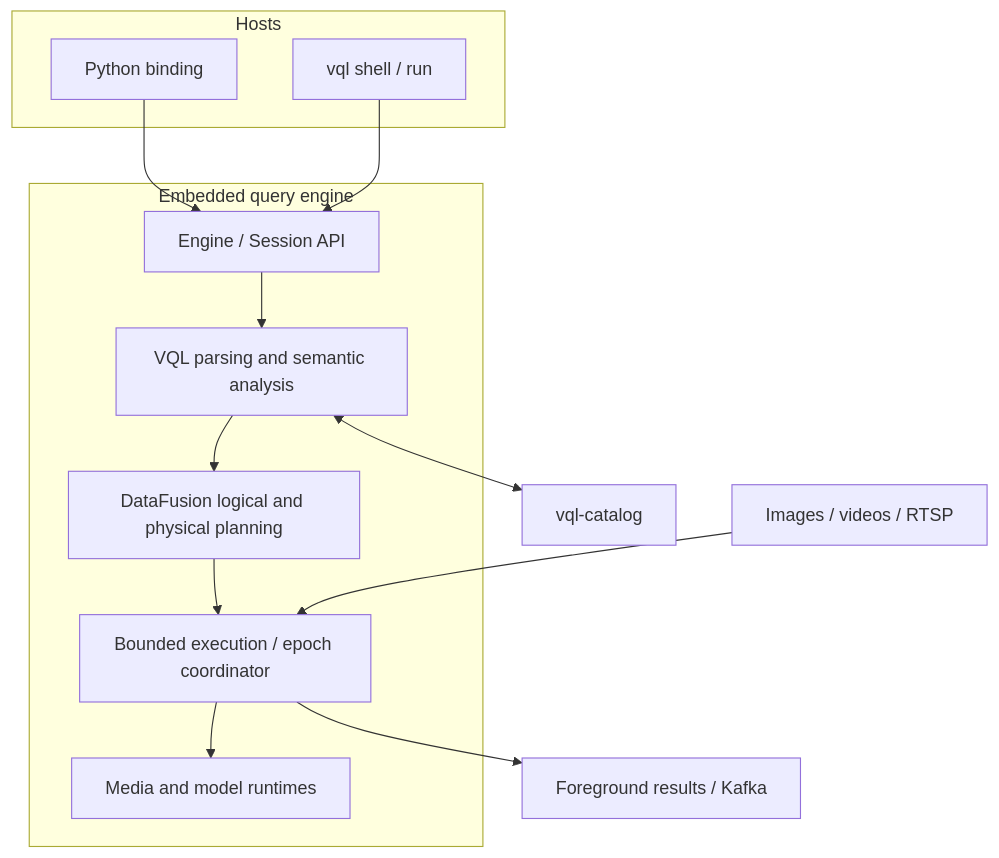
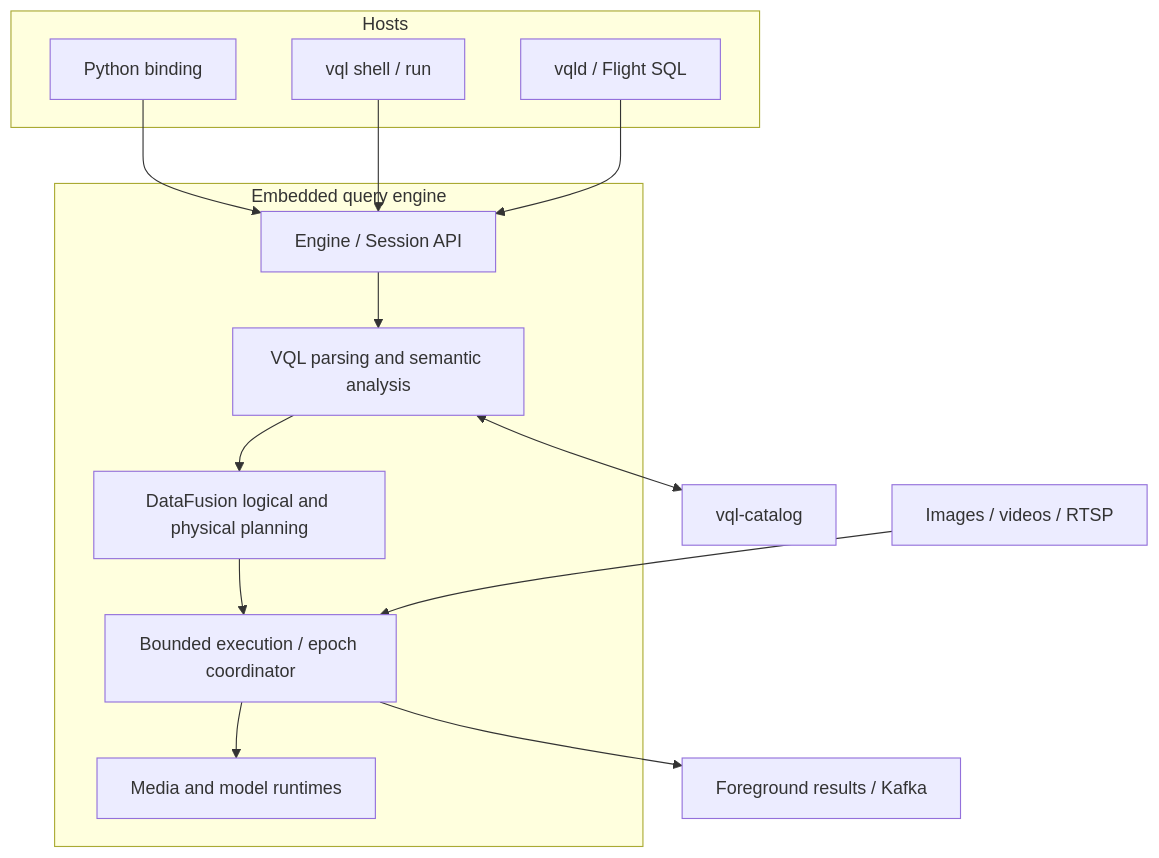
One commit to zhenlohuang/visionql changed the diagram in docs/high_level_design.md. Above: the diagram before and after it, drawn with Mermaid. The commit also changed other lines of this file and 33 other files, not shown here.

````diff
--- a/docs/high_level_design.md
+++ b/docs/high_level_design.md
@@ -40,27 +40,29 @@
 ```mermaid
 flowchart TB
     subgraph HOSTS["Hosts"]
         PY["Python binding"]
         CLI["vql shell / run"]
+        DAEMON["vqld / Flight SQL"]
     end
 
     subgraph CORE["Embedded query engine"]
         ENTRY["Engine / Session API"]
         SQL["VQL parsing and semantic analysis"]
         PLAN["DataFusion logical and physical planning"]
         EXEC["Bounded execution / epoch coordinator"]
         RUNTIME["Media and model runtimes"]
     end
 
     CAT["vql-catalog"]
     SOURCES["Images / videos / RTSP"]
     SINKS["Foreground results / Kafka"]
 
     PY --> ENTRY
     CLI --> ENTRY
+    DAEMON --> ENTRY
     ENTRY --> SQL
     SQL <--> CAT
     SQL --> PLAN --> EXEC
     EXEC --> RUNTIME
     SOURCES --> EXEC --> SINKS
 ```
````
